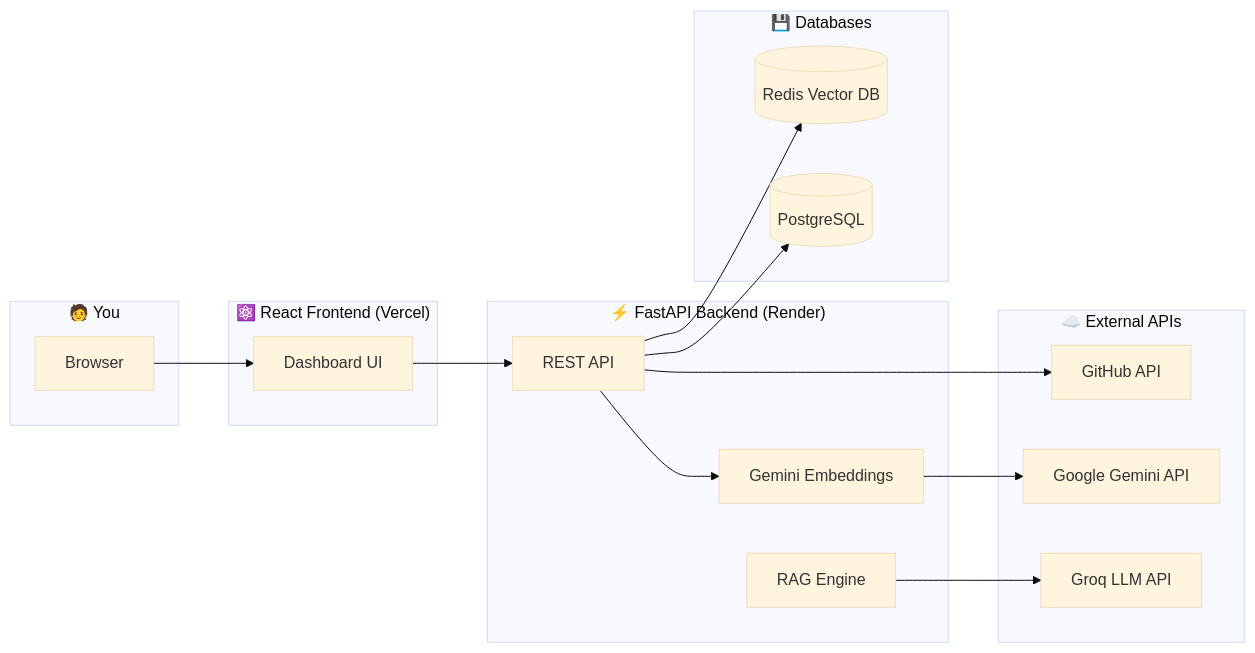
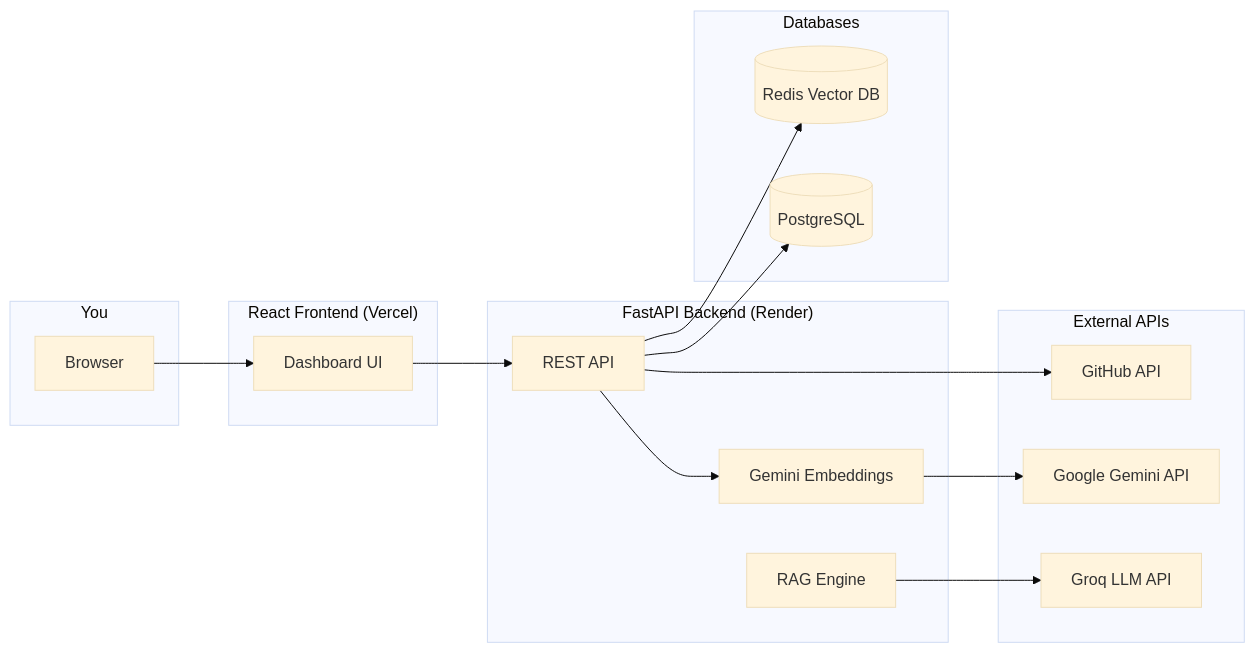
Before and after one commit to mujeebmasi/redis-rag: the first of 7 diagrams in README.md, drawn with Mermaid (base theme). The commit also changed other lines of this file, not shown here.

````diff
--- a/README.md
+++ b/README.md
@@ -11,36 +11,36 @@
 ```mermaid
 graph LR
-    subgraph You["🧑 You"]
+    subgraph You["You"]
         Browser[Browser]
     end
 
-    subgraph Frontend["⚛️ React Frontend (Vercel)"]
+    subgraph Frontend["React Frontend (Vercel)"]
         UI[Dashboard UI]
     end
 
-    subgraph Backend["⚡ FastAPI Backend (Render)"]
+    subgraph Backend["FastAPI Backend (Render)"]
         API[REST API]
         Embed[Gemini Embeddings]
         RAG[RAG Engine]
     end
 
-    subgraph External["☁️ External APIs"]
+    subgraph External["External APIs"]
         GitHub[GitHub API]
         Gemini[Google Gemini API]
         Groq[Groq LLM API]
     end
 
-    subgraph Storage["💾 Databases"]
+    subgraph Storage["Databases"]
         Redis[(Redis Vector DB)]
         Postgres[(PostgreSQL)]
     end
 
     Browser --> UI
     UI --> API
     API --> GitHub
     API --> Embed
     Embed --> Gemini
     RAG --> Groq
     API --> Redis
     API --> Postgres
 ```
````
